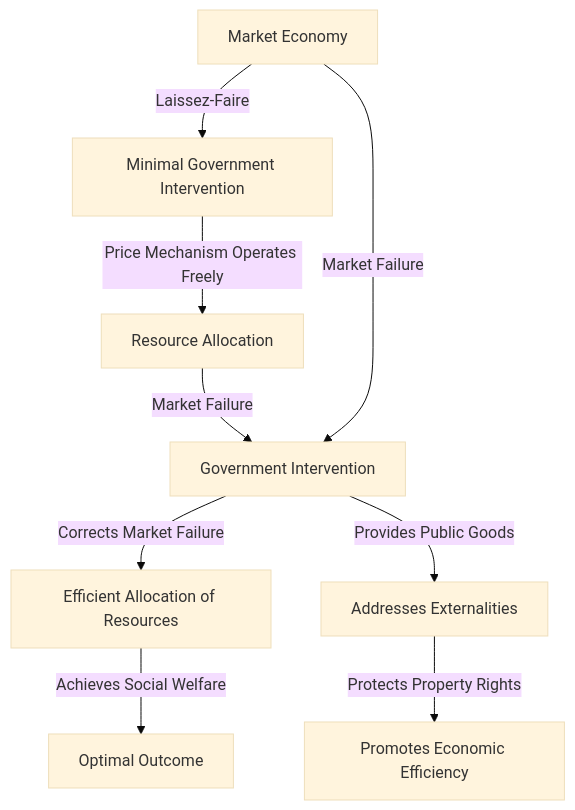
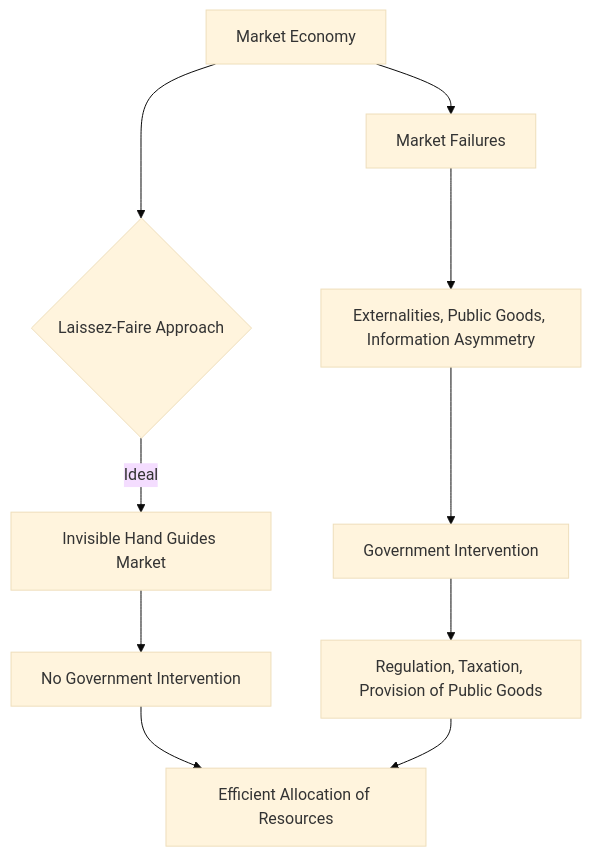
One commit to DagimAlemayehuu/Ater changed the diagram in Obsidian_Vault/2-Academic/Winter 2026/Economics/1_Basics_Of_Economics/Role_Of_Government.md. Above: the diagram before and after it, drawn with Mermaid (base theme). The commit also changed other lines of this file and 71 other files, not shown here.

````diff
--- a/Obsidian_Vault/2-Academic/Winter 2026/Economics/1_Basics_Of_Economics/Role_Of_Government.md
+++ b/Obsidian_Vault/2-Academic/Winter 2026/Economics/1_Basics_Of_Economics/Role_Of_Government.md
@@ -48,13 +46,13 @@
 ```mermaid
 
 graph TD
-    A[Market Economy] -->|Laissez-Faire| B[Minimal Government Intervention]
-    B -->|Price Mechanism Operates Freely| C[Resource Allocation]
-    C -->|Market Failure| D[Government Intervention]
-    D -->|Corrects Market Failure| E[Efficient Allocation of Resources]
-    E -->|Achieves Social Welfare| F[Optimal Outcome]
-    A -->|Market Failure| D
-    D -->|Provides Public Goods| G[Addresses Externalities]
-    G -->|Protects Property Rights| H[Promotes Economic Efficiency]
+    A[Market Economy] --> B{Laissez-Faire Approach}
+    B -->|Ideal| C[Invisible Hand Guides Market]
+    C --> D[No Government Intervention]
+    A --> E[Market Failures]
+    E --> F[Externalities, Public Goods, Information Asymmetry]
+    F --> G[Government Intervention]
+    G --> H[Regulation, Taxation, Provision of Public Goods]
+    D & H --> I[Efficient Allocation of Resources]
 
 ```
````
